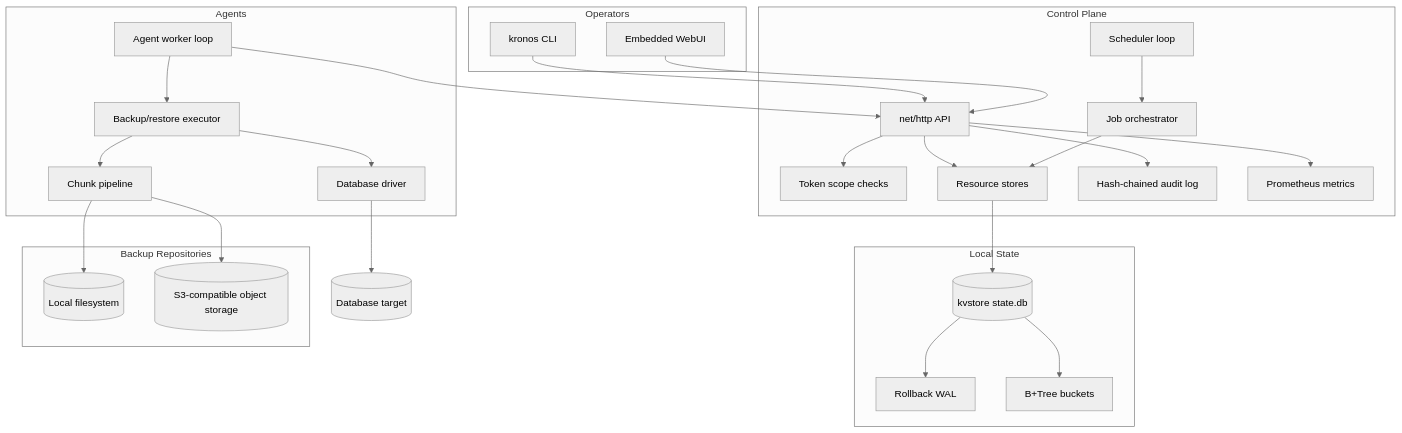
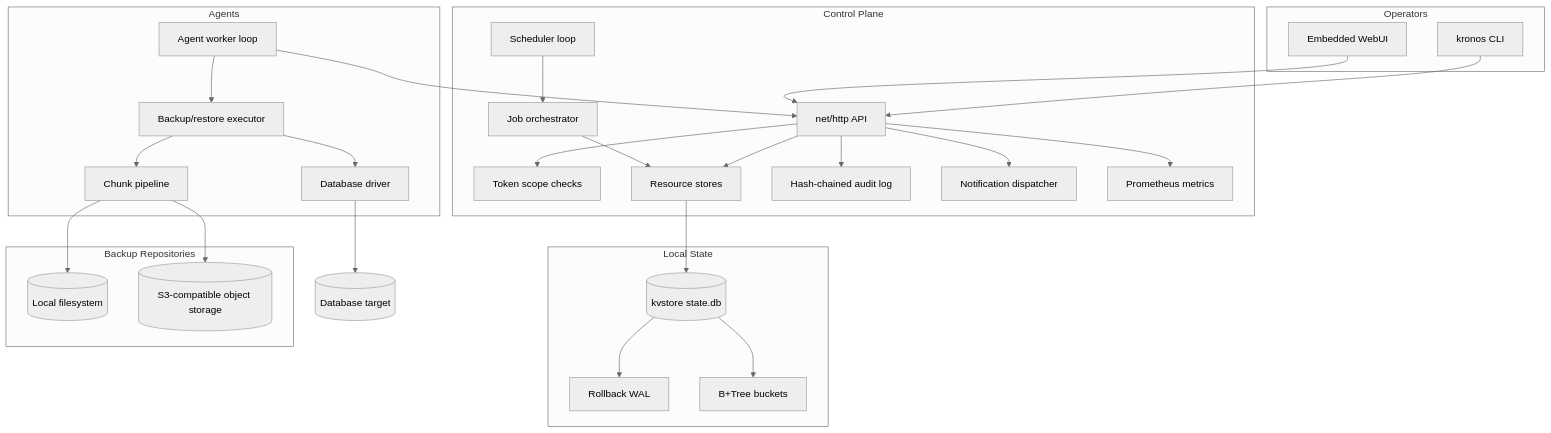
Before and after one commit to ersinkoc/Kronos: the second of 17 diagrams in ARCHITECTURE.md, drawn with Mermaid (neutral theme). The commit also changed other lines of this file and 10 other files, not shown here.

````diff
--- a/ARCHITECTURE.md
+++ b/ARCHITECTURE.md
@@ -62,57 +63,59 @@
 ```mermaid
 flowchart TB
     subgraph Operators
         CLI[kronos CLI]
         WebUI[Embedded WebUI]
     end
 
     subgraph ControlPlane[Control Plane]
         HTTP[net/http API]
         Auth[Token scope checks]
         Scheduler[Scheduler loop]
         Orchestrator[Job orchestrator]
         Stores[Resource stores]
         Audit[Hash-chained audit log]
+        Notify[Notification dispatcher]
         Metrics[Prometheus metrics]
     end
 
     subgraph State[Local State]
         KV[(kvstore state.db)]
         WAL[Rollback WAL]
         BTree[B+Tree buckets]
     end
 
     subgraph Workers[Agents]
         Agent[Agent worker loop]
         Executor[Backup/restore executor]
         Driver[Database driver]
         Pipeline[Chunk pipeline]
     end
 
     subgraph Repositories[Backup Repositories]
         Local[(Local filesystem)]
         S3[(S3-compatible object storage)]
     end
 
     DB[(Database target)]
 
     CLI --> HTTP
     WebUI --> HTTP
     HTTP --> Auth
     HTTP --> Stores
     HTTP --> Audit
+    HTTP --> Notify
     HTTP --> Metrics
     Scheduler --> Orchestrator
     Orchestrator --> Stores
     Stores --> KV
     KV --> WAL
     KV --> BTree
 
     Agent --> HTTP
     Agent --> Executor
     Executor --> Driver
     Driver --> DB
     Executor --> Pipeline
     Pipeline --> Local
     Pipeline --> S3
 ```
````
